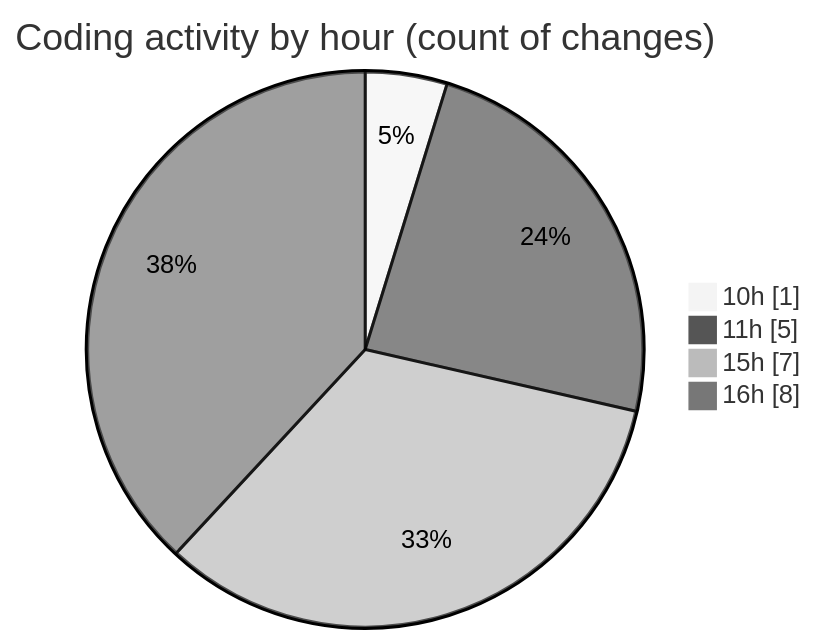
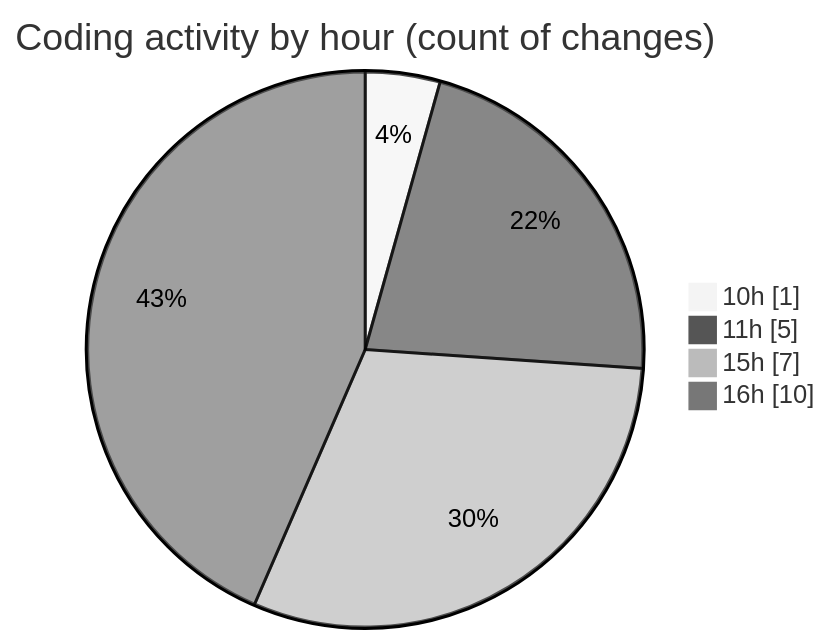
The second of 2 diagrams in 2026-01-07/nxtqube_webapp/README.md (nxtqubesakshisongat/code-tracking), drawn with Mermaid (neutral theme) before and after one commit. The commit also changed other lines of this file and 1 other file, not shown here.

````diff
--- a/2026-01-07/nxtqube_webapp/README.md
+++ b/2026-01-07/nxtqube_webapp/README.md
@@ -35,8 +35,8 @@
 ```mermaid
 pie showData
 title Coding activity by hour (count of changes)
 "10h" : 1
 "11h" : 5
 "15h" : 7
-"16h" : 8
+"16h" : 10
 ```
````
